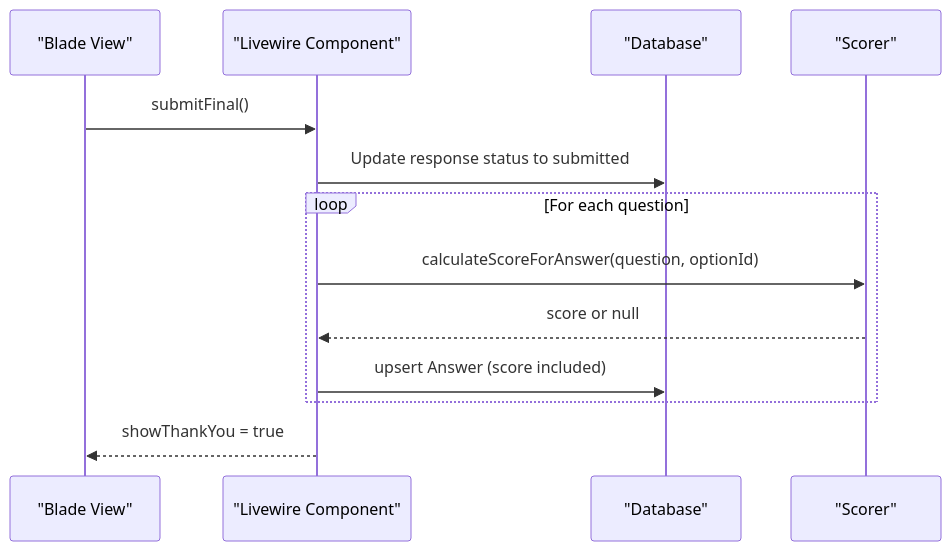
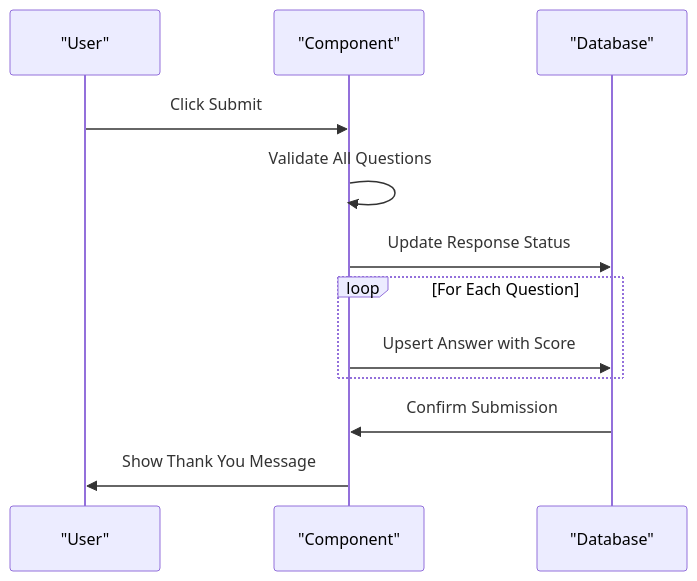
The eighth of 8 diagrams in .qoder/repowiki/en/content/Core Features/Evaluation Workflows/Questionnaire Filling Interface.md (rudicatsmile/assesment360), drawn with Mermaid before and after one commit. The commit also changed other lines of this file and 5 other files, not shown here.

````diff
--- a/.qoder/repowiki/en/content/Core Features/Evaluation Workflows/Questionnaire Filling Interface.md
+++ b/.qoder/repowiki/en/content/Core Features/Evaluation Workflows/Questionnaire Filling Interface.md
@@ -352,15 +422,14 @@
 ```mermaid
 sequenceDiagram
-participant V as "Blade View"
-participant L as "Livewire Component"
-participant DB as "Database"
-participant S as "Scorer"
-V->>L : submitFinal()
-L->>DB : Update response status to submitted
-loop For each question
-L->>S : calculateScoreForAnswer(question, optionId)
-S-->>L : score or null
-L->>DB : upsert Answer (score included)
+participant U as "User"
+participant C as "Component"
+participant D as "Database"
+U->>C : Click Submit
+C->>C : Validate All Questions
+C->>D : Update Response Status
+loop For Each Question
+C->>D : Upsert Answer with Score
 end
-L-->>V : showThankYou = true
+D->>C : Confirm Submission
+C->>U : Show Thank You Message
 ```
````
